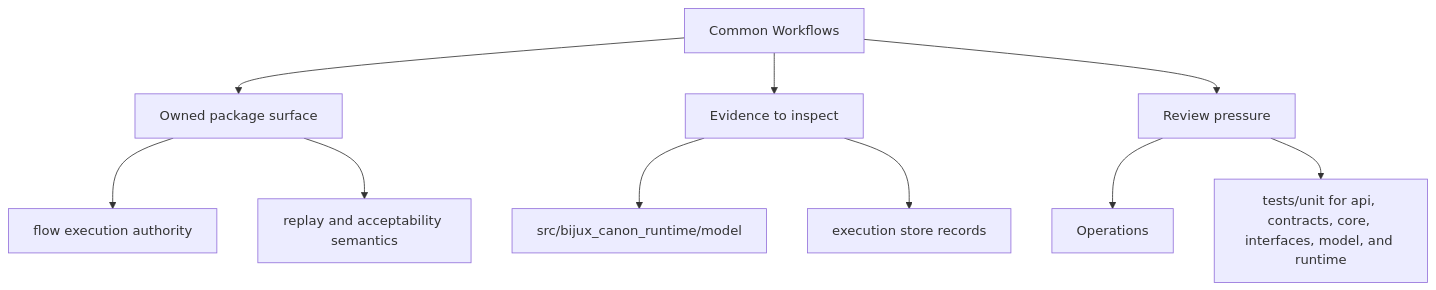
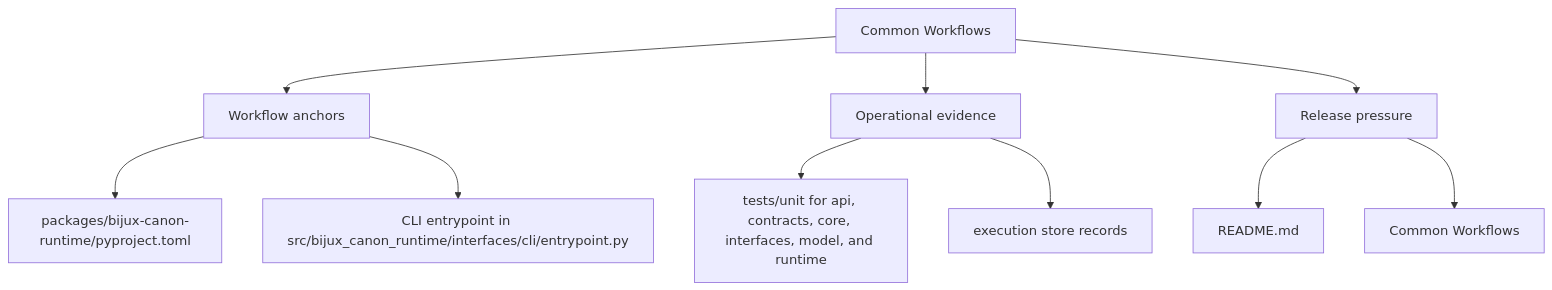
The second of 2 diagrams in docs/bijux-canon-runtime/operations/common-workflows.md (bijux/bijux-canon), drawn with Mermaid before and after one commit. The commit also changed other lines of this file and 250 other files, not shown here.

Commit message:
docs(diagrams): make product page maps more readable

````diff
--- a/docs/bijux-canon-runtime/operations/common-workflows.md
+++ b/docs/bijux-canon-runtime/operations/common-workflows.md
@@ -34,22 +34,22 @@
 ```mermaid
 flowchart TD
     page["Common Workflows"]
-    focus1["Owned package surface"]
+    focus1["Workflow anchors"]
     page --> focus1
-    focus1_1["flow execution authority"]
+    focus1_1["packages/bijux-canon-runtime/pyproject.toml"]
     focus1 --> focus1_1
-    focus1_2["replay and acceptability semantics"]
+    focus1_2["CLI entrypoint in src/bijux_canon_runtime/interfaces/cli/entrypoint.py"]
     focus1 --> focus1_2
-    focus2["Evidence to inspect"]
+    focus2["Operational evidence"]
     page --> focus2
-    focus2_1["src/bijux_canon_runtime/model"]
+    focus2_1["tests/unit for api, contracts, core, interfaces, model, and runtime"]
     focus2 --> focus2_1
     focus2_2["execution store records"]
     focus2 --> focus2_2
-    focus3["Review pressure"]
+    focus3["Release pressure"]
     page --> focus3
-    focus3_1["Operations"]
+    focus3_1["README.md"]
     focus3 --> focus3_1
-    focus3_2["tests/unit for api, contracts, core, interfaces, model, and runtime"]
+    focus3_2["Common Workflows"]
     focus3 --> focus3_2
 ```
````
